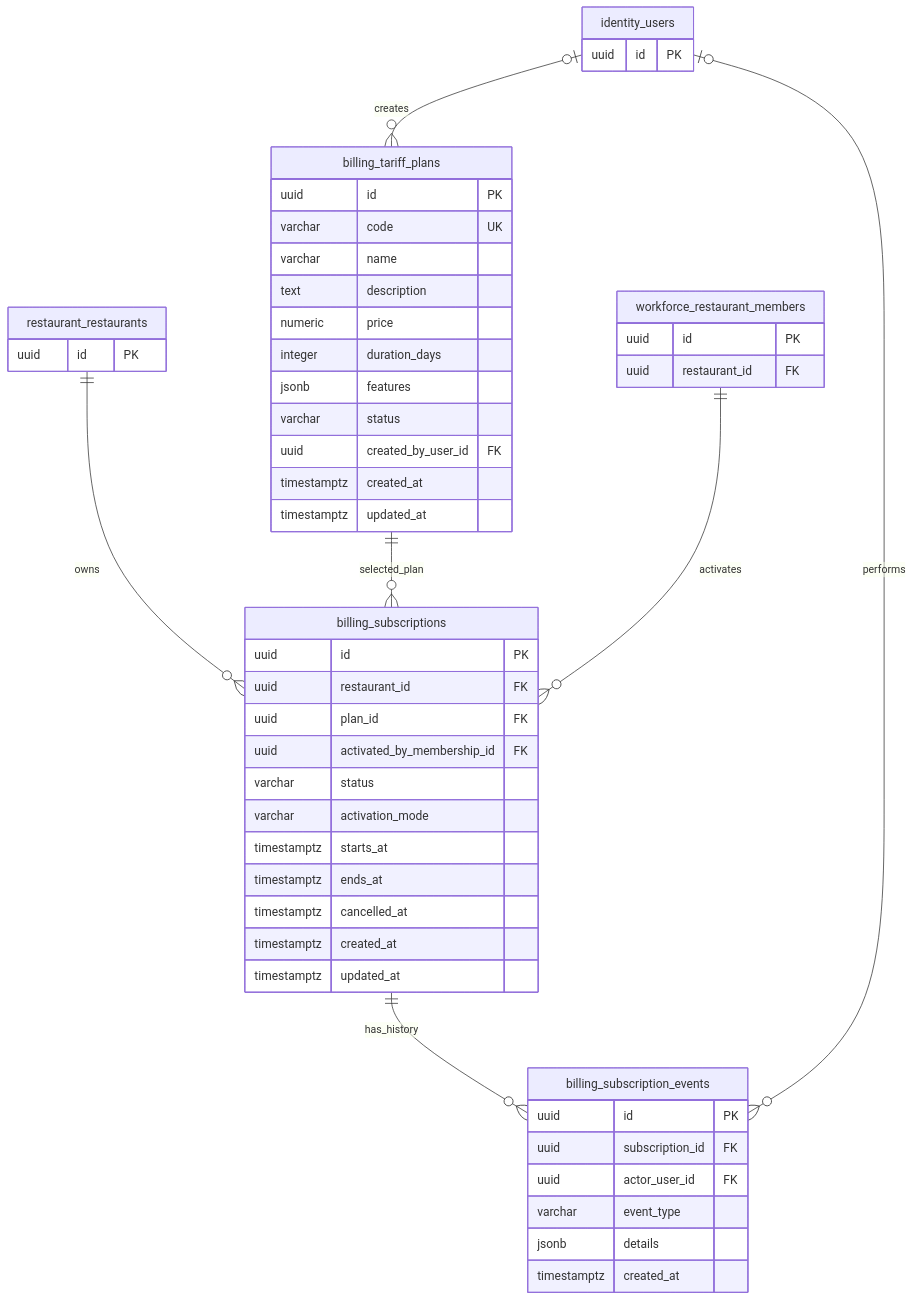
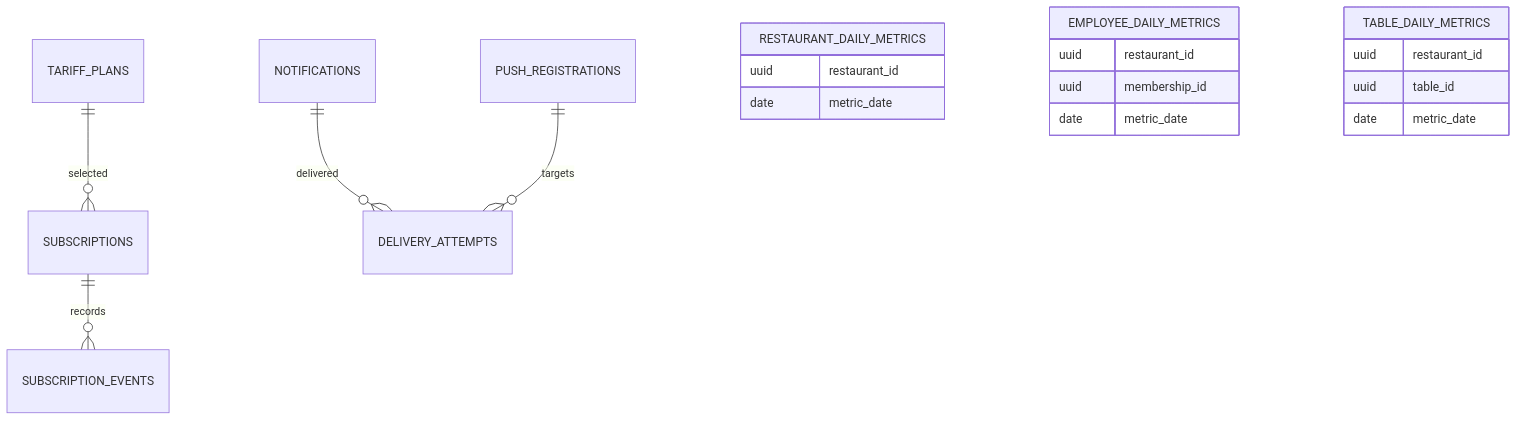
One commit to SoBeastpro/Restaurant_Service changed the fifth of 5 diagrams in backend/docs/ERD.md. Above: the diagram before and after it, drawn with Mermaid. The commit also changed other lines of this file and 32 other files, not shown here.

Commit message:
API and DB: migration to a microservices architecture

````diff
--- a/backend/docs/ERD.md
+++ b/backend/docs/ERD.md
@@ -482,59 +67,23 @@
 ```mermaid
 erDiagram
-    identity_users {
-        uuid id PK
+    TARIFF_PLANS ||--o{ SUBSCRIPTIONS : selected
+    SUBSCRIPTIONS ||--o{ SUBSCRIPTION_EVENTS : records
+
+    NOTIFICATIONS ||--o{ DELIVERY_ATTEMPTS : delivered
+    PUSH_REGISTRATIONS ||--o{ DELIVERY_ATTEMPTS : targets
+
+    RESTAURANT_DAILY_METRICS {
+        uuid restaurant_id
+        date metric_date
     }
-
-    restaurant_restaurants {
-        uuid id PK
+    EMPLOYEE_DAILY_METRICS {
+        uuid restaurant_id
+        uuid membership_id
+        date metric_date
     }
-
-    workforce_restaurant_members {
-        uuid id PK
-        uuid restaurant_id FK
+    TABLE_DAILY_METRICS {
+        uuid restaurant_id
+        uuid table_id
+        date metric_date
     }
-
-    billing_tariff_plans {
-        uuid id PK
-        varchar code UK
-        varchar name
-        text description
-        numeric price
-        integer duration_days
-        jsonb features
-        varchar status
-        uuid created_by_user_id FK
-        timestamptz created_at
-        timestamptz updated_at
-    }
-
-    billing_subscriptions {
-        uuid id PK
-        uuid restaurant_id FK
-        uuid plan_id FK
-        uuid activated_by_membership_id FK
-        varchar status
-        varchar activation_mode
-        timestamptz starts_at
-        timestamptz ends_at
-        timestamptz cancelled_at
-        timestamptz created_at
-        timestamptz updated_at
-    }
-
-    billing_subscription_events {
-        uuid id PK
-        uuid subscription_id FK
-        uuid actor_user_id FK
-        varchar event_type
-        jsonb details
-        timestamptz created_at
-    }
-
-    identity_users o|--o{ billing_tariff_plans : creates
-    restaurant_restaurants ||--o{ billing_subscriptions : owns
-    billing_tariff_plans ||--o{ billing_subscriptions : selected_plan
-    workforce_restaurant_members ||--o{ billing_subscriptions : activates
-    billing_subscriptions ||--o{ billing_subscription_events : has_history
-    identity_users o|--o{ billing_subscription_events : performs
 ```
````
